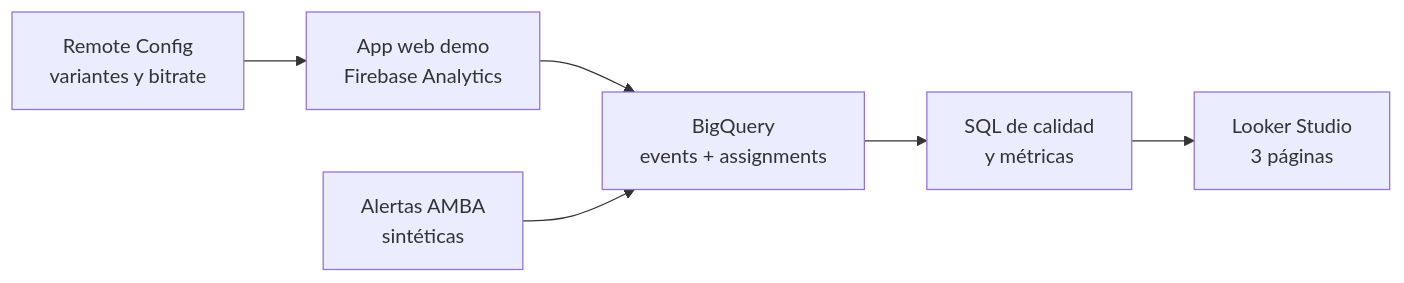
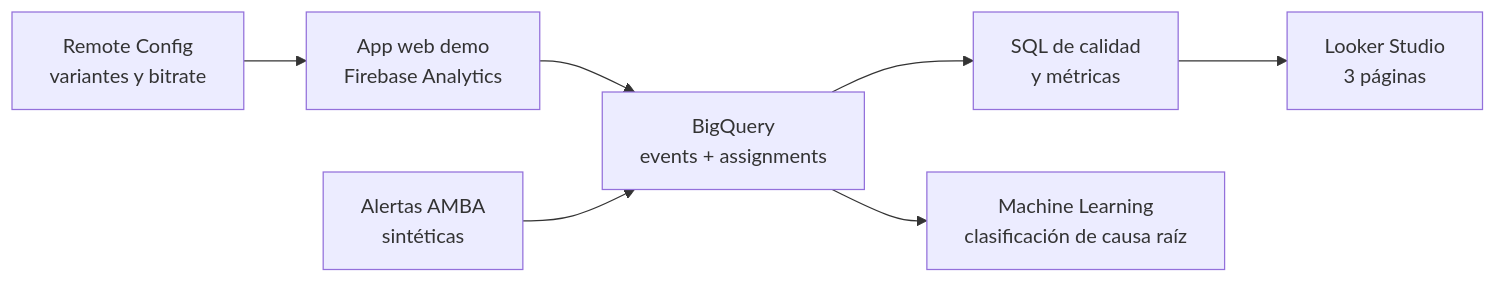
Before and after one commit to rocioaramayo/streaming-qoe-analytics: the diagram in README.md, drawn with Mermaid. The commit also changed other lines of this file and 16 other files, not shown here.

````diff
--- a/README.md
+++ b/README.md
@@ -26,8 +27,9 @@
 ```mermaid
 flowchart LR
     A[App web demo\nFirebase Analytics] --> B[BigQuery\nevents + assignments]
     C[Alertas AMBA\nsintéticas] --> B
     D[Remote Config\nvariantes y bitrate] --> A
     B --> E[SQL de calidad\ny métricas]
     E --> F[Looker Studio\n3 páginas]
+    B --> G[Machine Learning\nclasificación de causa raíz]
 ```
````
